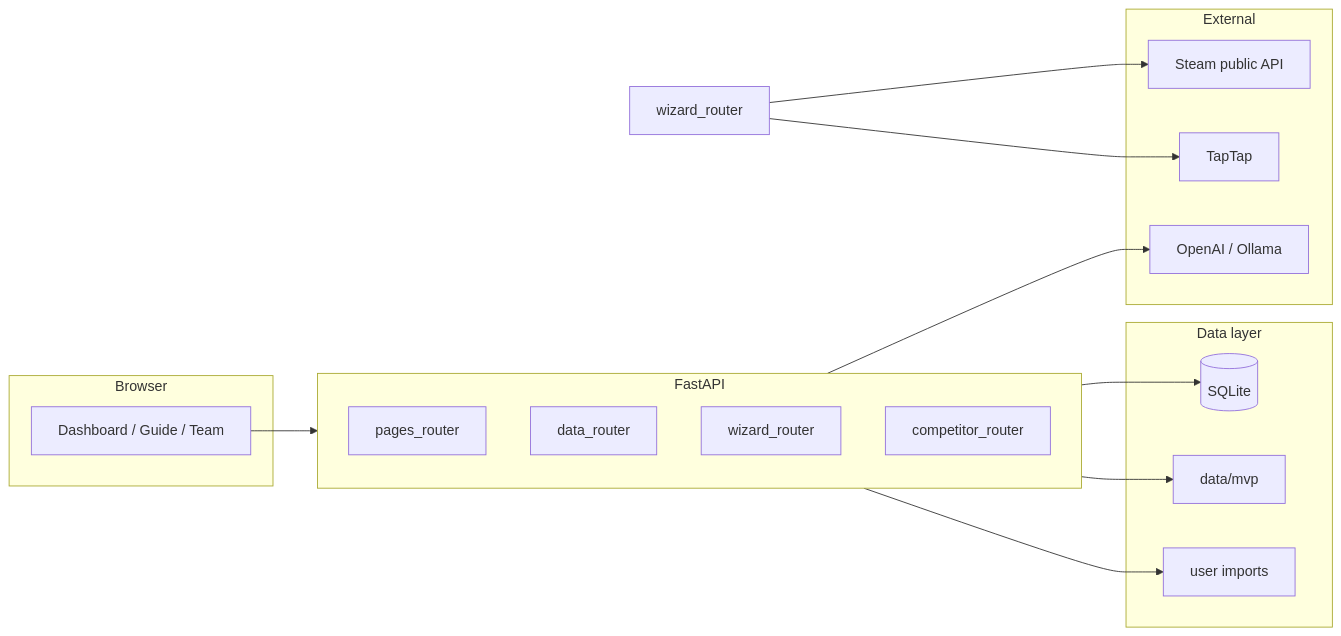
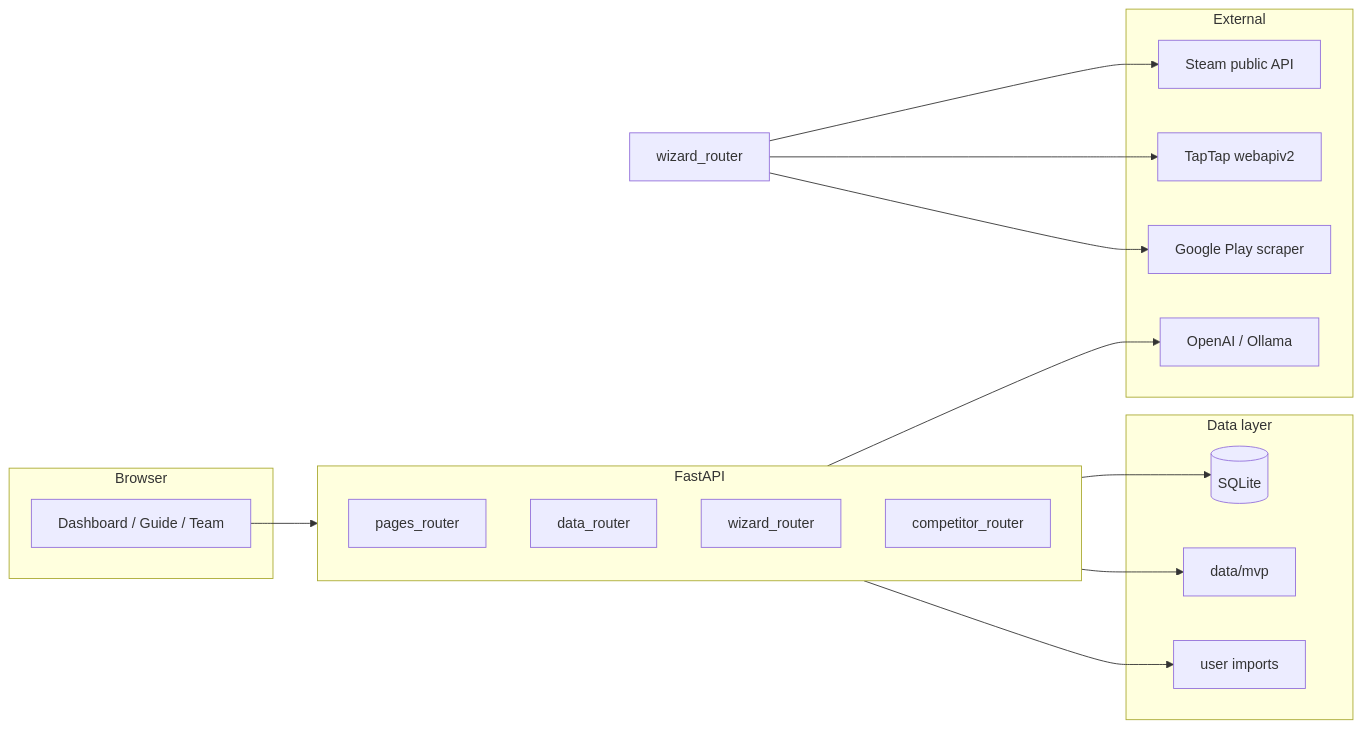
The diagram in docs/PROJECT_SHOWCASE.md (alex-Tesla3/game-analyzer), drawn with Mermaid before and after one commit. The commit also changed other lines of this file and 38 other files, not shown here.

````diff
--- a/docs/PROJECT_SHOWCASE.md
+++ b/docs/PROJECT_SHOWCASE.md
@@ -40,29 +40,31 @@
 ```mermaid
 flowchart LR
   subgraph clients [Browser]
     UI[Dashboard / Guide / Team]
   end
   subgraph api [FastAPI]
     R1[pages_router]
     R2[data_router]
     R3[wizard_router]
     R4[competitor_router]
   end
   subgraph data [Data layer]
     SQLite[(SQLite)]
     MVP[data/mvp]
     Import[user imports]
   end
   subgraph external [External]
     Steam[Steam public API]
-    TapTap[TapTap]
+    TapTap[TapTap webapiv2]
+    GPlay[Google Play scraper]
     LLM[OpenAI / Ollama]
   end
   UI --> api
   api --> SQLite
   api --> MVP
   api --> Import
   wizard_router --> Steam
   wizard_router --> TapTap
+  wizard_router --> GPlay
   api --> LLM
 ```
````
